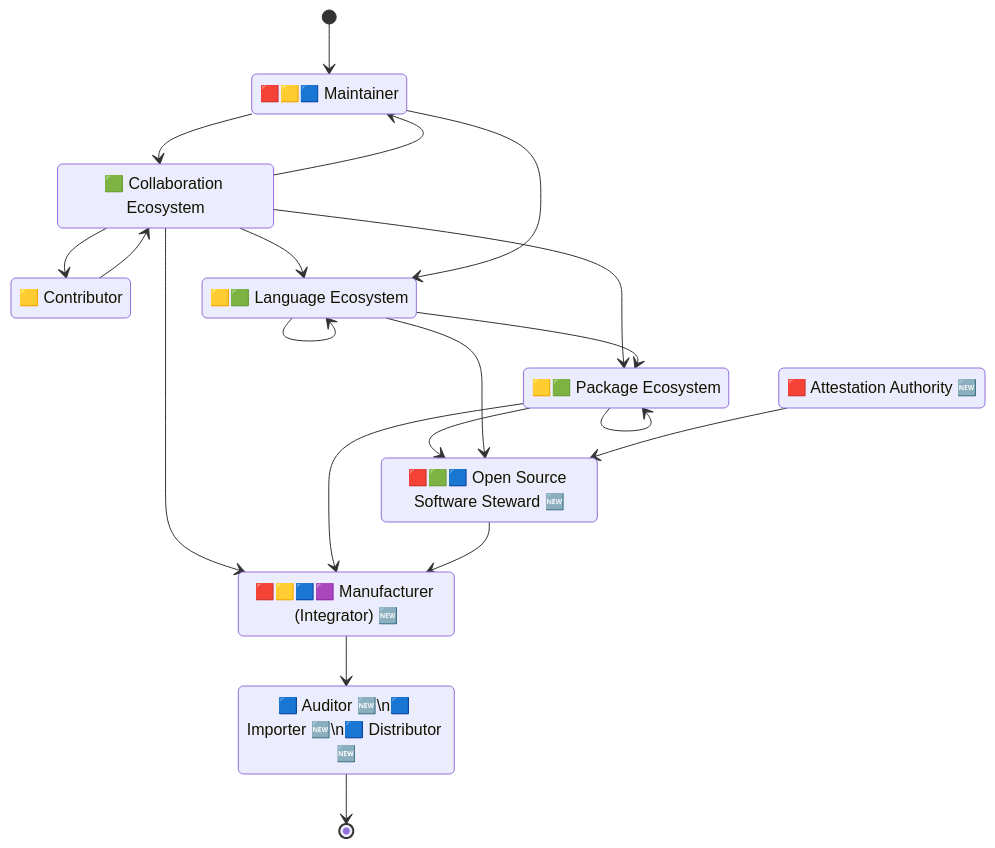
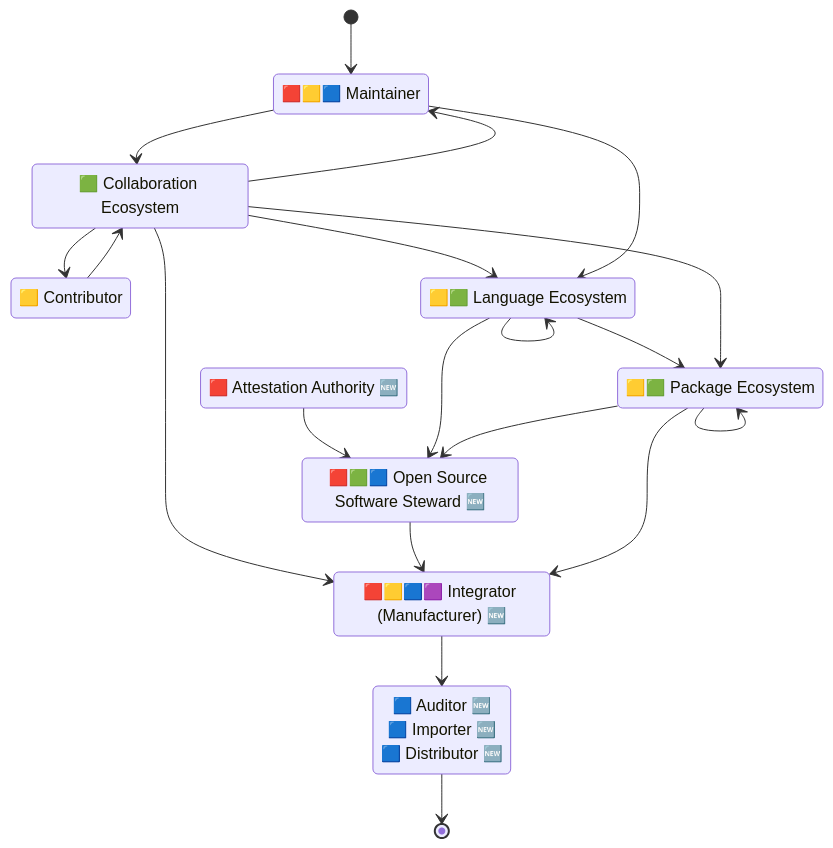
One commit to CPAN-Security/security.metacpan.org changed the second of 4 diagrams in docs/supplychain-sbom.md. Above: the diagram before and after it, drawn with Mermaid. The commit also changed other lines of this file, not shown here.

Commit message:
WIP: Reorg document; Add ecosystem detail graphs; Move unused terms to end of document;

````diff
--- a/docs/supplychain-sbom.md
+++ b/docs/supplychain-sbom.md
@@ -127,37 +127,37 @@
 ```mermaid
 stateDiagram-v2
     direction TB
 
     state "🟥🟨🟦 Maintainer" as environment_maintainer
     state "🟨 Contributor" as environment_contributor
     state "🟩 Collaboration Ecosystem" as ecosystem_repo
     state "🟨🟩 Language Ecosystem" as ecosystem_lang
     state "🟨🟩 Package Ecosystem" as ecosystem_package
     state "🟥 Attestation Authority 🆕" as authority_attestation
     state "🟥🟩🟦 Open Source Software Steward 🆕" as ecosystem_steward
-    state "🟥🟨🟦🟪 Manufacturer (Integrator) 🆕" as environment_manufacturer
-    state "🟦 Auditor 🆕\n🟦 Importer 🆕\n🟦 Distributor 🆕" as authority_auditor
+    state "🟥🟨🟦🟪 Integrator (Manufacturer) 🆕" as environment_manufacturer
+    state "🟦 Auditor 🆕<br>🟦 Importer 🆕<br>🟦 Distributor 🆕" as authority_auditor
 
     [*]                      --> environment_maintainer
     ecosystem_repo           --> environment_maintainer
     ecosystem_repo           --> environment_contributor
+    ecosystem_lang           --> ecosystem_package
     ecosystem_repo           --> ecosystem_package
     ecosystem_repo           --> ecosystem_lang
     ecosystem_repo           --> environment_manufacturer
     environment_maintainer   --> ecosystem_repo
     environment_maintainer   --> ecosystem_lang
     environment_contributor  --> ecosystem_repo
-    ecosystem_lang           --> ecosystem_lang
-    ecosystem_lang           --> ecosystem_package
+    authority_attestation    --> ecosystem_steward
     ecosystem_package        --> ecosystem_package
+    ecosystem_lang           --> ecosystem_steward
     ecosystem_package        --> ecosystem_steward
-    ecosystem_lang           --> ecosystem_steward
-    authority_attestation    --> ecosystem_steward
-    ecosystem_package        --> environment_manufacturer
     ecosystem_steward        --> environment_manufacturer
     environment_manufacturer --> authority_auditor
+    ecosystem_package        --> environment_manufacturer
+    ecosystem_lang           --> ecosystem_lang
     authority_auditor        --> [*]
 
     %% Copyright © 2024 Salve J. Nilsen <sjn@oslo.pm>
     %% Some rights reserved. Licensed CC-BY-SA-4.0
 ```
````
